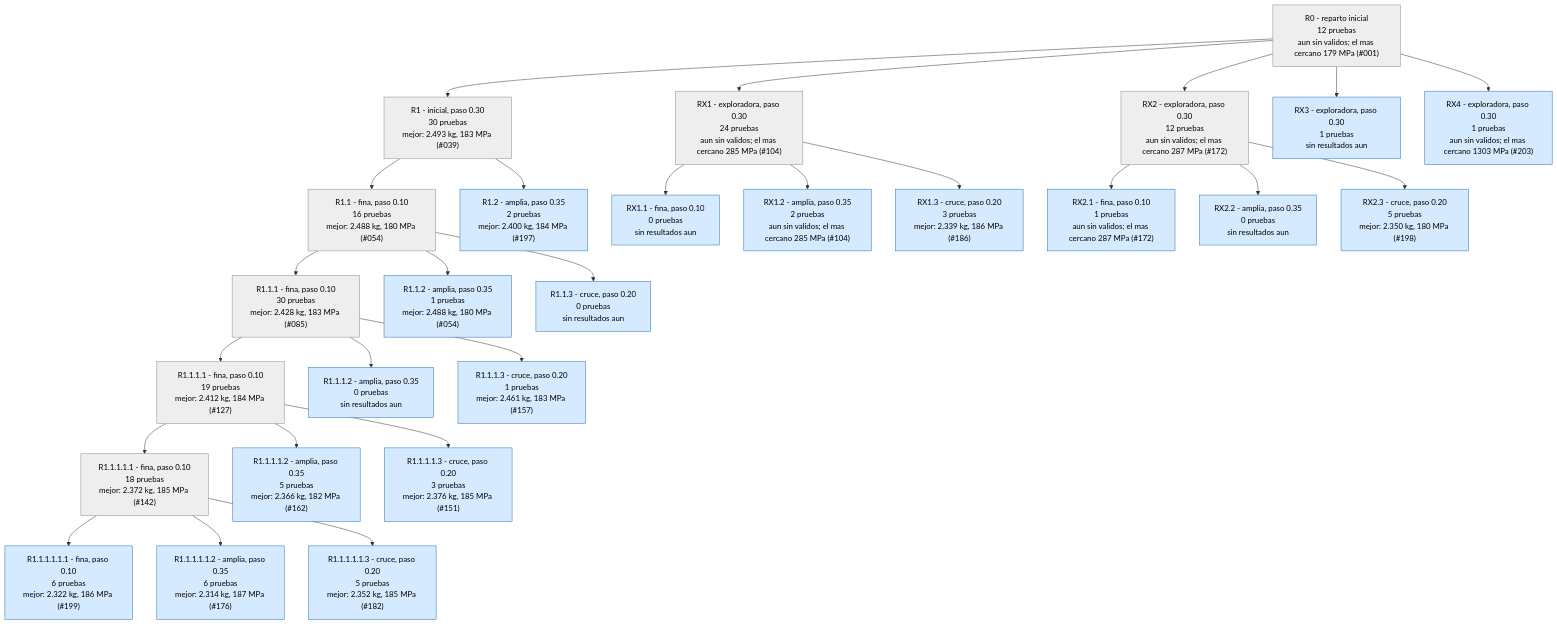
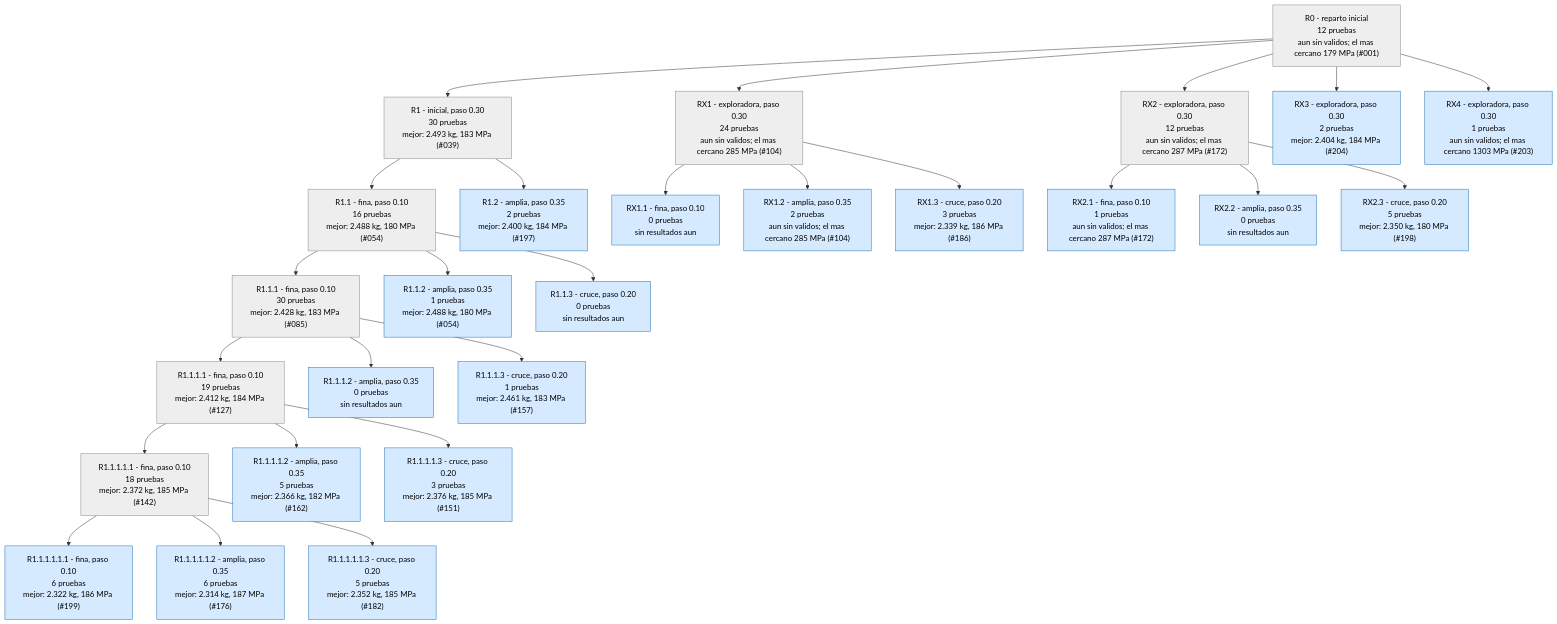
The second of 4 diagrams in runs/opt_37800N/ARBOL.md (Hugiko/msd-soporte-optimizacion), drawn with Mermaid before and after one commit. The commit also changed 22 other files, not shown here.

````diff
--- a/runs/opt_37800N/ARBOL.md
+++ b/runs/opt_37800N/ARBOL.md
@@ -49,57 +49,57 @@
 ```mermaid
 graph TD
 classDef activa fill:#d6eaff,stroke:#1f6fb5,color:#000
 classDef fin fill:#eeeeee,stroke:#888,color:#000
 classDef mejor fill:#c8f0c0,stroke:#1a9850,stroke-width:4px,color:#000
 R0["R0 - reparto inicial<br/>12 pruebas<br/>aun sin validos; el mas cercano 179 MPa (#001)"]:::fin
 R1["R1 - inicial, paso 0.30<br/>30 pruebas<br/>mejor: 2.493 kg, 183 MPa (#039)"]:::fin
 R0 --> R1
 R1_1["R1.1 - fina, paso 0.10<br/>16 pruebas<br/>mejor: 2.488 kg, 180 MPa (#054)"]:::fin
 R1 --> R1_1
 R1_2["R1.2 - amplia, paso 0.35<br/>2 pruebas<br/>mejor: 2.400 kg, 184 MPa (#197)"]:::activa
 R1 --> R1_2
 R1_1_1["R1.1.1 - fina, paso 0.10<br/>30 pruebas<br/>mejor: 2.428 kg, 183 MPa (#085)"]:::fin
 R1_1 --> R1_1_1
 R1_1_2["R1.1.2 - amplia, paso 0.35<br/>1 pruebas<br/>mejor: 2.488 kg, 180 MPa (#054)"]:::activa
 R1_1 --> R1_1_2
 R1_1_3["R1.1.3 - cruce, paso 0.20<br/>0 pruebas<br/>sin resultados aun"]:::activa
 R1_1 --> R1_1_3
 R1_1_1_1["R1.1.1.1 - fina, paso 0.10<br/>19 pruebas<br/>mejor: 2.412 kg, 184 MPa (#127)"]:::fin
 R1_1_1 --> R1_1_1_1
 R1_1_1_2["R1.1.1.2 - amplia, paso 0.35<br/>0 pruebas<br/>sin resultados aun"]:::activa
 R1_1_1 --> R1_1_1_2
 R1_1_1_3["R1.1.1.3 - cruce, paso 0.20<br/>1 pruebas<br/>mejor: 2.461 kg, 183 MPa (#157)"]:::activa
 R1_1_1 --> R1_1_1_3
 RX1["RX1 - exploradora, paso 0.30<br/>24 pruebas<br/>aun sin validos; el mas cercano 285 MPa (#104)"]:::fin
 R0 --> RX1
 RX1_1["RX1.1 - fina, paso 0.10<br/>0 pruebas<br/>sin resultados aun"]:::activa
 RX1 --> RX1_1
 RX1_2["RX1.2 - amplia, paso 0.35<br/>2 pruebas<br/>aun sin validos; el mas cercano 285 MPa (#104)"]:::activa
 RX1 --> RX1_2
 RX1_3["RX1.3 - cruce, paso 0.20<br/>3 pruebas<br/>mejor: 2.339 kg, 186 MPa (#186)"]:::activa
 RX1 --> RX1_3
 R1_1_1_1_1["R1.1.1.1.1 - fina, paso 0.10<br/>18 pruebas<br/>mejor: 2.372 kg, 185 MPa (#142)"]:::fin
 R1_1_1_1 --> R1_1_1_1_1
 R1_1_1_1_2["R1.1.1.1.2 - amplia, paso 0.35<br/>5 pruebas<br/>mejor: 2.366 kg, 182 MPa (#162)"]:::activa
 R1_1_1_1 --> R1_1_1_1_2
 R1_1_1_1_3["R1.1.1.1.3 - cruce, paso 0.20<br/>3 pruebas<br/>mejor: 2.376 kg, 185 MPa (#151)"]:::activa
 R1_1_1_1 --> R1_1_1_1_3
 R1_1_1_1_1_1["R1.1.1.1.1.1 - fina, paso 0.10<br/>6 pruebas<br/>mejor: 2.322 kg, 186 MPa (#199)"]:::activa
 R1_1_1_1_1 --> R1_1_1_1_1_1
 R1_1_1_1_1_2["R1.1.1.1.1.2 - amplia, paso 0.35<br/>6 pruebas<br/>mejor: 2.314 kg, 187 MPa (#176)"]:::activa
 R1_1_1_1_1 --> R1_1_1_1_1_2
 R1_1_1_1_1_3["R1.1.1.1.1.3 - cruce, paso 0.20<br/>5 pruebas<br/>mejor: 2.352 kg, 185 MPa (#182)"]:::activa
 R1_1_1_1_1 --> R1_1_1_1_1_3
 RX2["RX2 - exploradora, paso 0.30<br/>12 pruebas<br/>aun sin validos; el mas cercano 287 MPa (#172)"]:::fin
 R0 --> RX2
 RX2_1["RX2.1 - fina, paso 0.10<br/>1 pruebas<br/>aun sin validos; el mas cercano 287 MPa (#172)"]:::activa
 RX2 --> RX2_1
 RX2_2["RX2.2 - amplia, paso 0.35<br/>0 pruebas<br/>sin resultados aun"]:::activa
 RX2 --> RX2_2
 RX2_3["RX2.3 - cruce, paso 0.20<br/>5 pruebas<br/>mejor: 2.350 kg, 180 MPa (#198)"]:::activa
 RX2 --> RX2_3
-RX3["RX3 - exploradora, paso 0.30<br/>1 pruebas<br/>sin resultados aun"]:::activa
+RX3["RX3 - exploradora, paso 0.30<br/>2 pruebas<br/>mejor: 2.404 kg, 184 MPa (#204)"]:::activa
 R0 --> RX3
 RX4["RX4 - exploradora, paso 0.30<br/>1 pruebas<br/>aun sin validos; el mas cercano 1303 MPa (#203)"]:::activa
 R0 --> RX4
 ```
````
